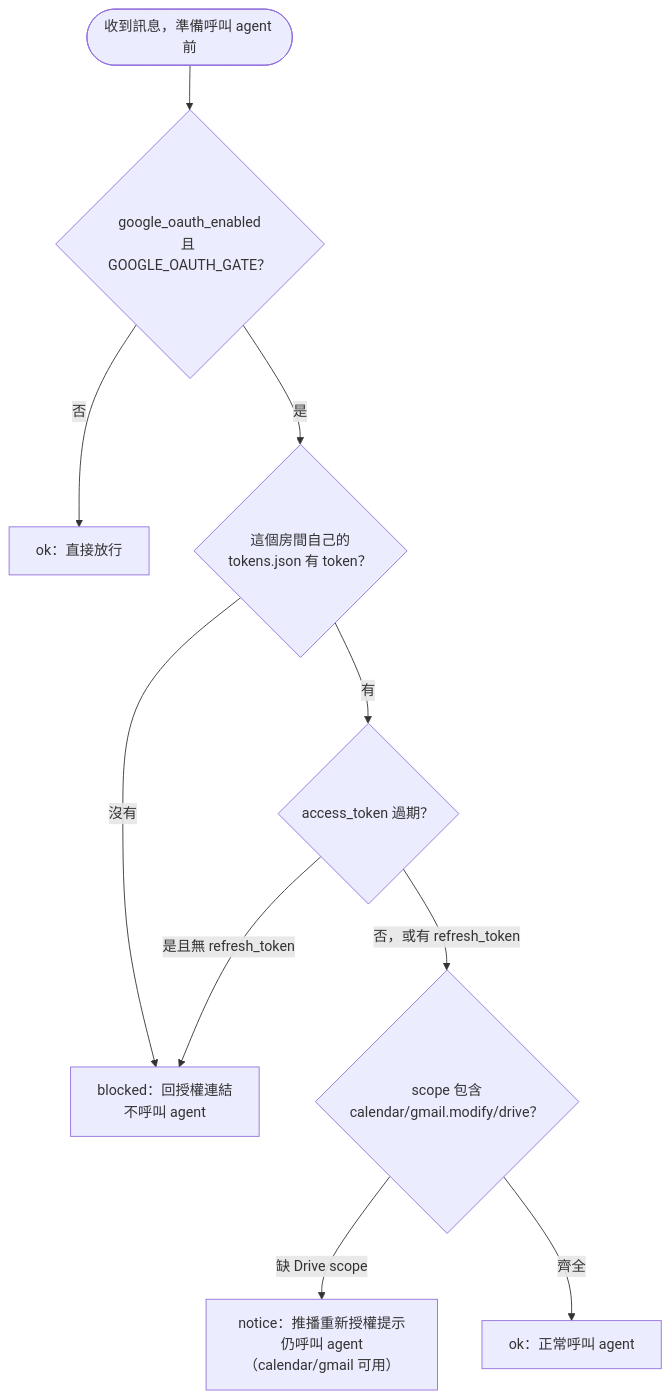
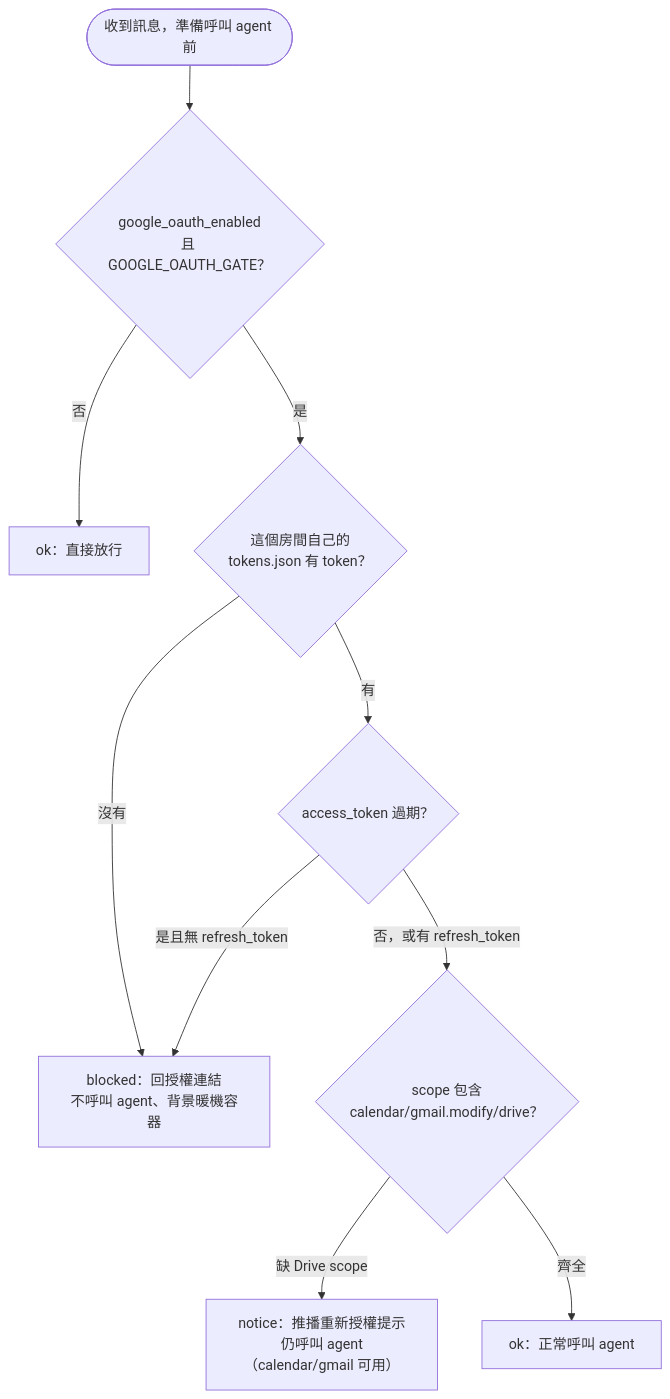
Before and after one commit to marychouchou/alice-office: the third of 3 diagrams in README.md, drawn with Mermaid. The commit also changed 11 other files, not shown here.

````diff
--- a/README.md
+++ b/README.md
@@ -648,12 +648,12 @@
 ```mermaid
 flowchart TD
     Start(["收到訊息，準備呼叫 agent 前"]) --> Enabled{"google_oauth_enabled<br/>且 GOOGLE_OAUTH_GATE？"}
     Enabled -- "否" --> Ok1["ok：直接放行"]
     Enabled -- "是" --> HasToken{"這個房間自己的<br/>tokens.json 有 token？"}
-    HasToken -- "沒有" --> Blocked["blocked：回授權連結<br/>不呼叫 agent"]
+    HasToken -- "沒有" --> Blocked["blocked：回授權連結<br/>不呼叫 agent、背景暖機容器"]
     HasToken -- "有" --> Expired{"access_token 過期？"}
     Expired -- "是且無 refresh_token" --> Blocked
     Expired -- "否，或有 refresh_token" --> Scopes{"scope 包含<br/>calendar/gmail.modify/drive？"}
     Scopes -- "缺 Drive scope" --> Notice["notice：推播重新授權提示<br/>仍呼叫 agent（calendar/gmail 可用）"]
     Scopes -- "齊全" --> Ok2["ok：正常呼叫 agent"]
 ```
````
